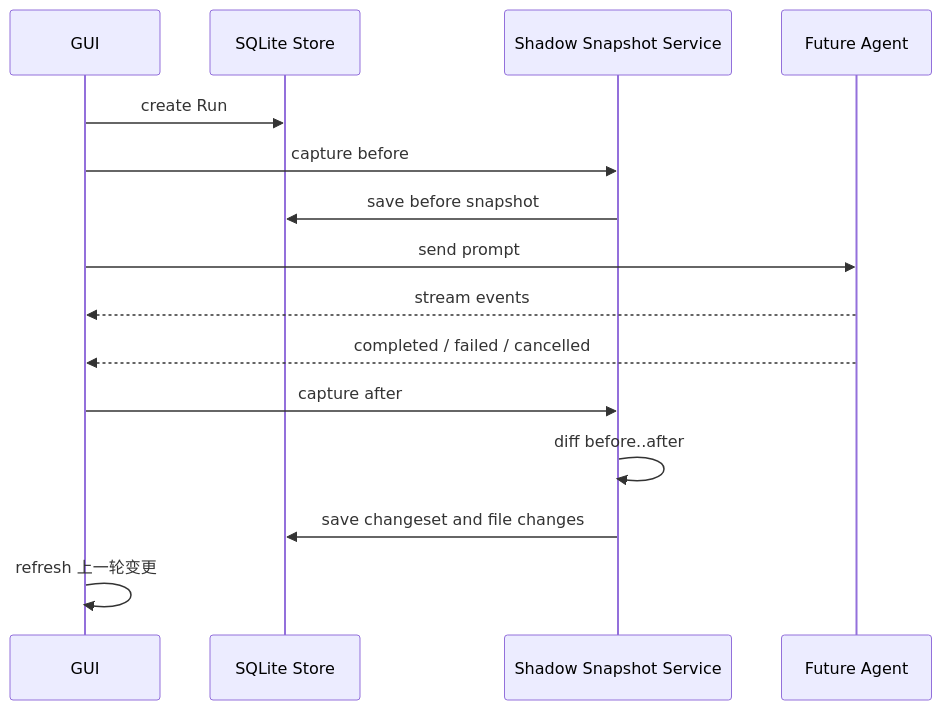
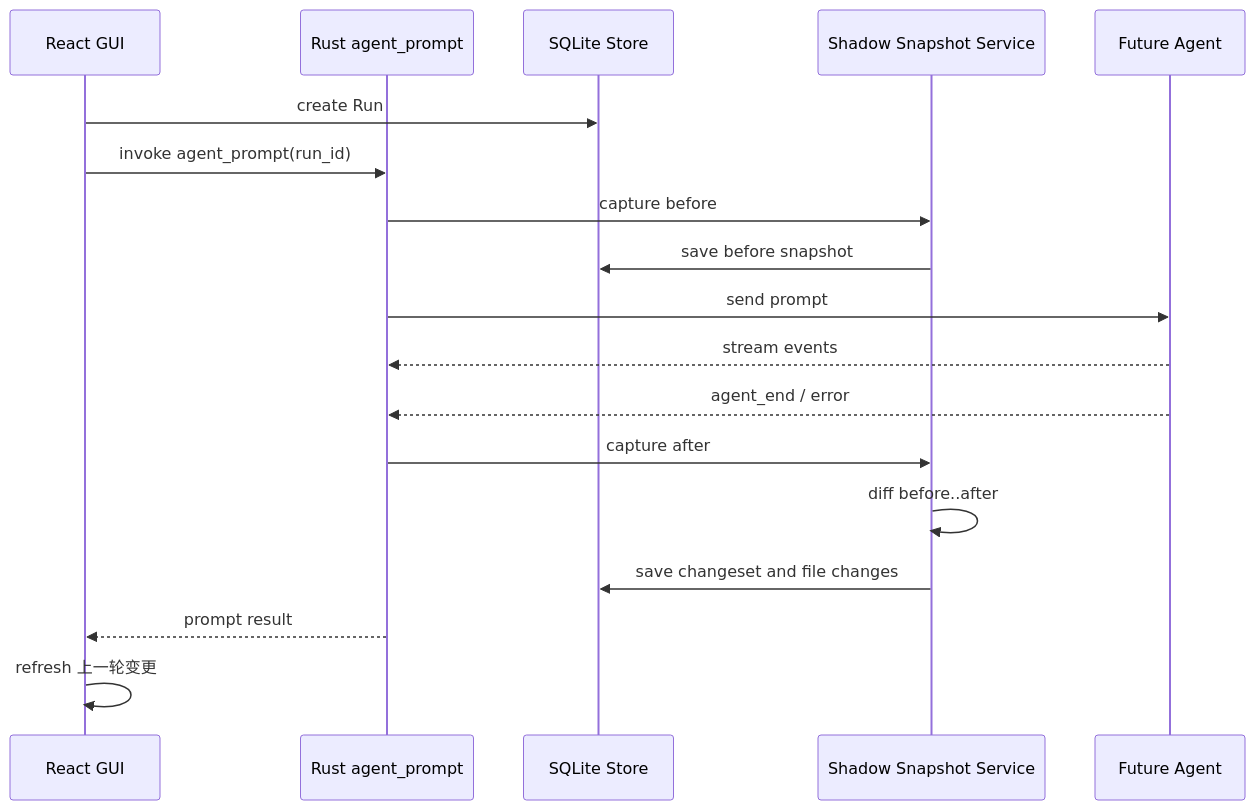
Before and after one commit to futuregene/future-os: the second of 2 diagrams in gui/SHADOW_REVIEW_DESIGN.md, drawn with Mermaid. The commit also changed other lines of this file and 34 other files, not shown here.

First line of the commit message:
feat(gui): add shadow review with snapshot store and git diff engine

````diff
--- a/gui/SHADOW_REVIEW_DESIGN.md
+++ b/gui/SHADOW_REVIEW_DESIGN.md
@@ -348,18 +504,21 @@
 ```mermaid
 sequenceDiagram
-    participant UI as GUI
+    participant UI as React GUI
+    participant Bridge as Rust agent_prompt
     participant Store as SQLite Store
     participant Snapshot as Shadow Snapshot Service
     participant Agent as Future Agent
 
     UI->>Store: create Run
-    UI->>Snapshot: capture before
+    UI->>Bridge: invoke agent_prompt(run_id)
+    Bridge->>Snapshot: capture before
     Snapshot->>Store: save before snapshot
-    UI->>Agent: send prompt
-    Agent-->>UI: stream events
-    Agent-->>UI: completed / failed / cancelled
-    UI->>Snapshot: capture after
+    Bridge->>Agent: send prompt
+    Agent-->>Bridge: stream events
+    Agent-->>Bridge: agent_end / error
+    Bridge->>Snapshot: capture after
     Snapshot->>Snapshot: diff before..after
     Snapshot->>Store: save changeset and file changes
+    Bridge-->>UI: prompt result
     UI->>UI: refresh 上一轮变更
 ```
````
